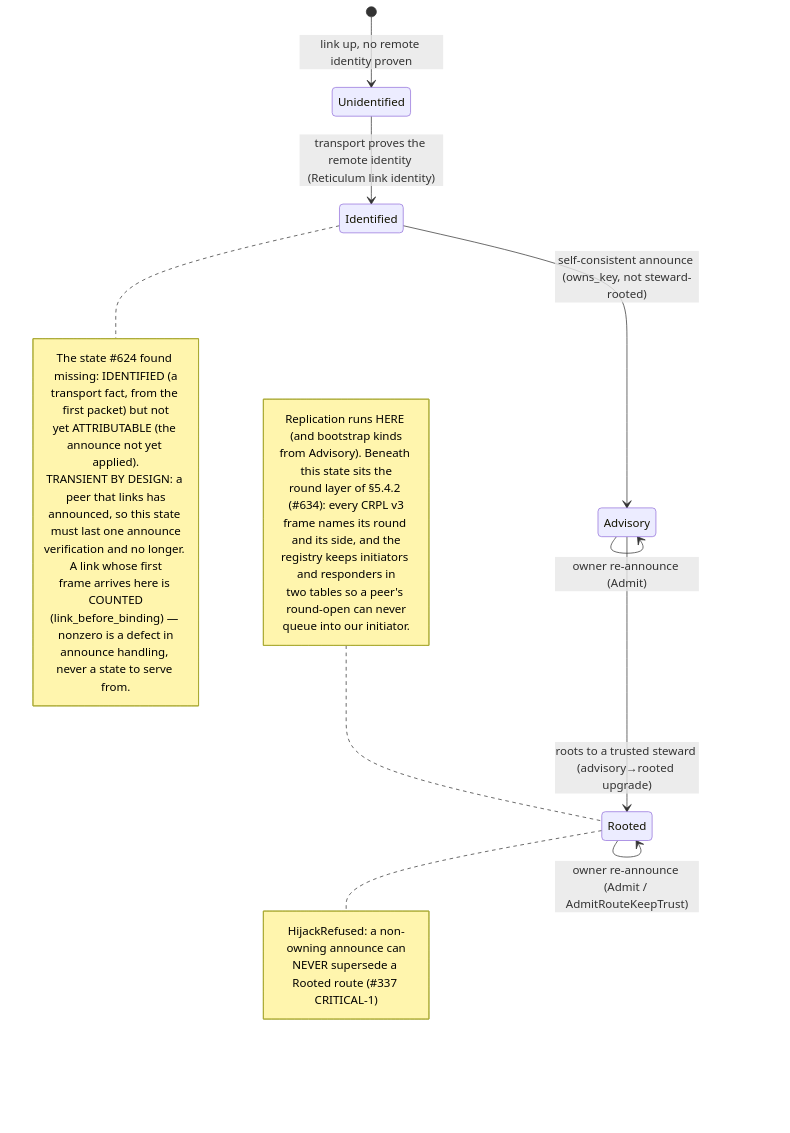
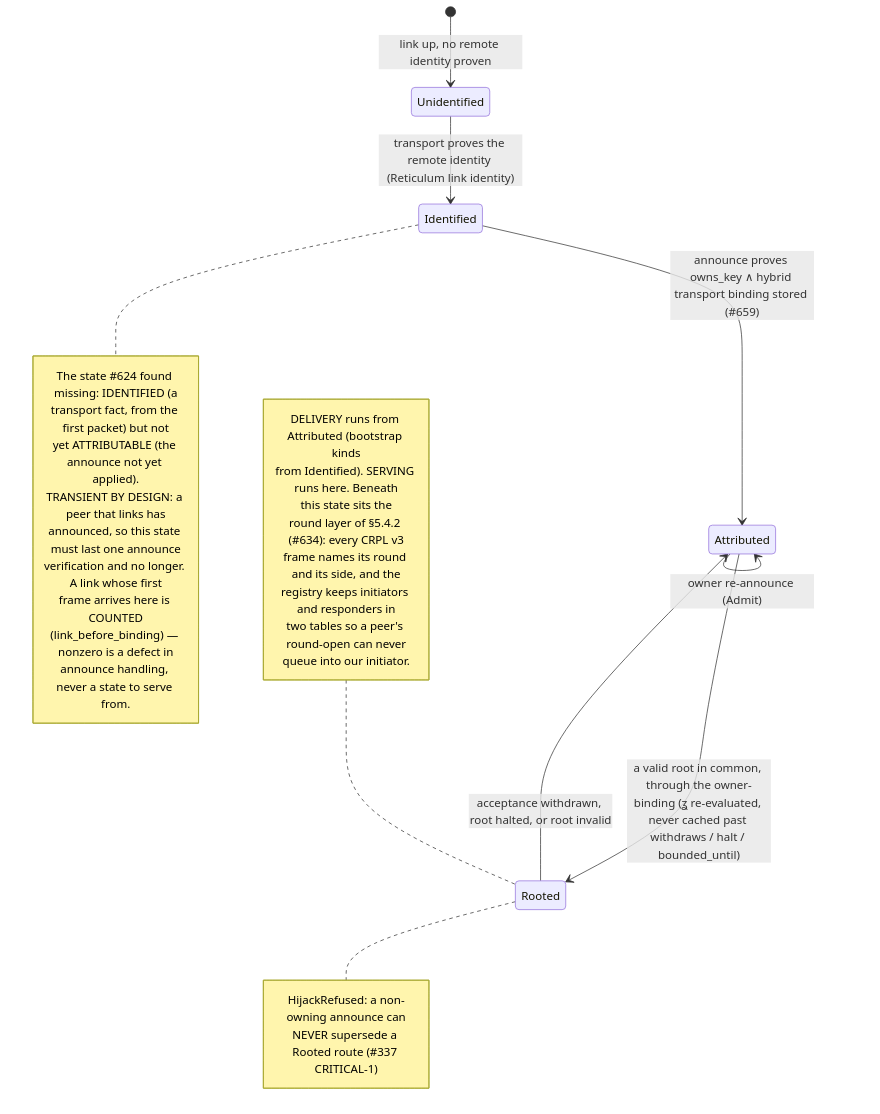
One commit to CIRISAI/CIRISEdge changed the third of 3 diagrams in FSD/CIRIS_EDGE_TRANSPORT.md. Above: the diagram before and after it, drawn with Mermaid. The commit also changed other lines of this file and 10 other files, not shown here.

First line of the commit message:
fix(transport): attribution is not trust — Attributed state, Rooted as a mutual valid root (#659) (#660)

````diff
--- a/FSD/CIRIS_EDGE_TRANSPORT.md
+++ b/FSD/CIRIS_EDGE_TRANSPORT.md
@@ -380,33 +412,34 @@
 ```mermaid
 stateDiagram-v2
     [*] --> Unidentified: link up, no remote identity proven
     Unidentified --> Identified: transport proves the remote identity (Reticulum link identity)
-    Identified --> Advisory: self-consistent announce (owns_key, not steward-rooted)
-    Advisory --> Rooted: roots to a trusted steward (advisory→rooted upgrade)
-    Rooted --> Rooted: owner re-announce (Admit / AdmitRouteKeepTrust)
-    Advisory --> Advisory: owner re-announce (Admit)
+    Identified --> Attributed: announce proves owns_key ∧ hybrid transport binding stored (#659)
+    Attributed --> Rooted: a valid root in common, through the owner-binding (#659; re-evaluated, never cached past withdraws / halt / bounded_until)
+    Rooted --> Attributed: acceptance withdrawn, root halted, or root invalid
+    Attributed --> Attributed: owner re-announce (Admit)
     note right of Identified
         The state #624 found missing: IDENTIFIED (a
         transport fact, from the first packet) but not
         yet ATTRIBUTABLE (the announce not yet applied).
         TRANSIENT BY DESIGN: a peer that links has
         announced, so this state must last one announce
         verification and no longer. A link whose first
         frame arrives here is COUNTED
         (link_before_binding) — nonzero is a defect in
         announce handling, never a state to serve from.
     end note
     note right of Rooted
         HijackRefused: a non-owning announce can
         NEVER supersede a Rooted route (#337 CRITICAL-1)
     end note
     note left of Rooted
-        Replication runs HERE (and bootstrap kinds
-        from Advisory). Beneath this state sits the
+        DELIVERY runs from Attributed (bootstrap kinds
+        from Identified). SERVING runs here. Beneath
+        this state sits the
         round layer of §5.4.2 (#634): every CRPL v3
         frame names its round and its side, and the
         registry keeps initiators and responders in
         two tables so a peer's round-open can never
         queue into our initiator.
     end note
 ```
````
